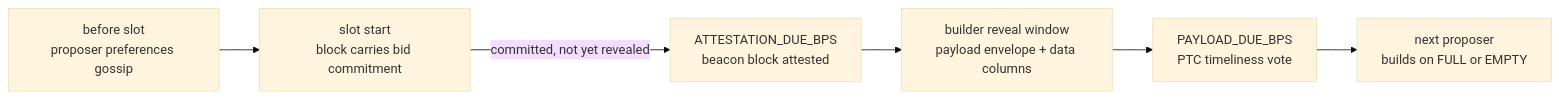
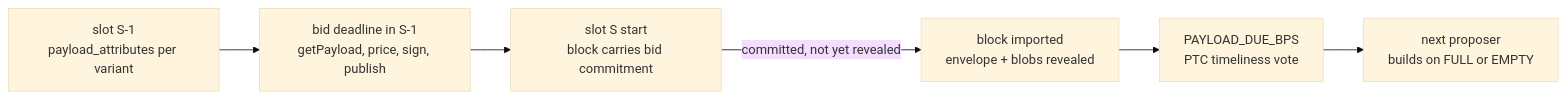
Before and after one commit to eth-protocol-fellows/cohort-seven: the second of 3 diagrams in projects/lodestar-eip-7732-builder.md, drawn with Mermaid (base theme). The commit also changed other lines of this file, not shown here.

````diff
--- a/projects/lodestar-eip-7732-builder.md
+++ b/projects/lodestar-eip-7732-builder.md
@@ -93,15 +101,15 @@
 ```mermaid
 flowchart LR
-    PREF["before slot<br/>proposer preferences gossip"]
-    T0["slot start<br/>block carries bid commitment"]
-    TA["ATTESTATION_DUE_BPS<br/>beacon block attested"]
-    TR["builder reveal window<br/>payload envelope + data columns"]
+    ATTR["slot S-1<br/>payload_attributes per variant"]
+    BID["bid deadline in S-1<br/>getPayload, price, sign, publish"]
+    T0["slot S start<br/>block carries bid commitment"]
+    TR["block imported<br/>envelope + blobs revealed"]
     TP["PAYLOAD_DUE_BPS<br/>PTC timeliness vote"]
     NEXT["next proposer<br/>builds on FULL or EMPTY"]
 
-    PREF --> T0
-    T0 -->|"committed, not yet revealed"| TA
-    TA --> TR
+    ATTR --> BID
+    BID --> T0
+    T0 -->|"committed, not yet revealed"| TR
     TR --> TP
     TP --> NEXT
 ```
````
